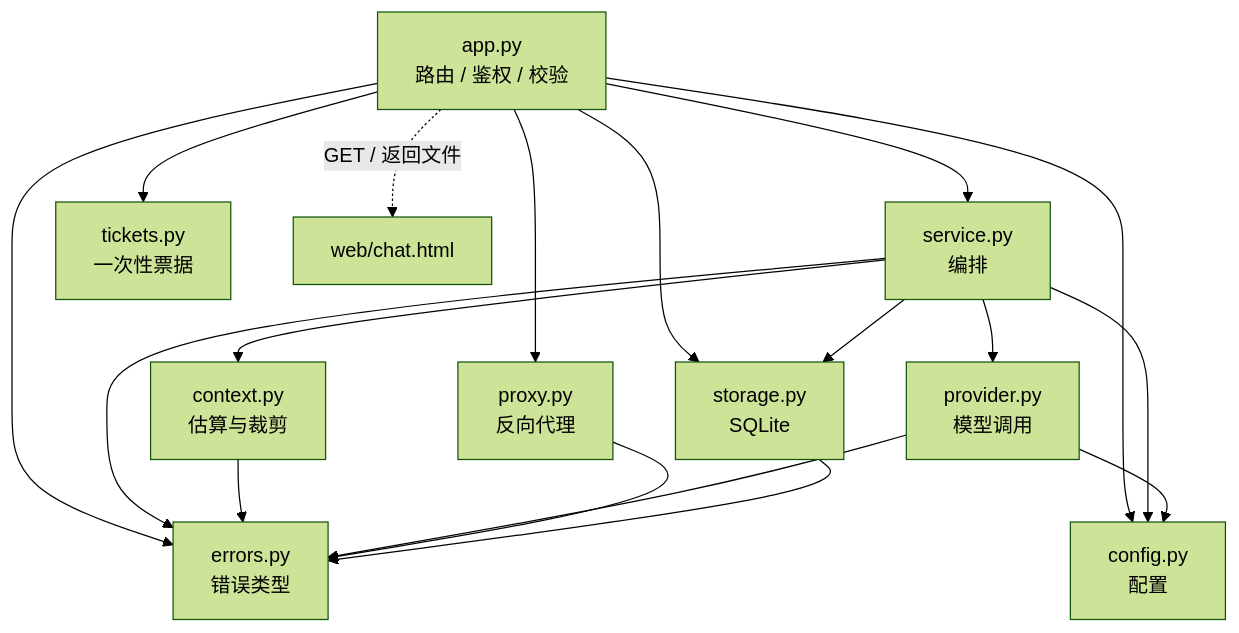
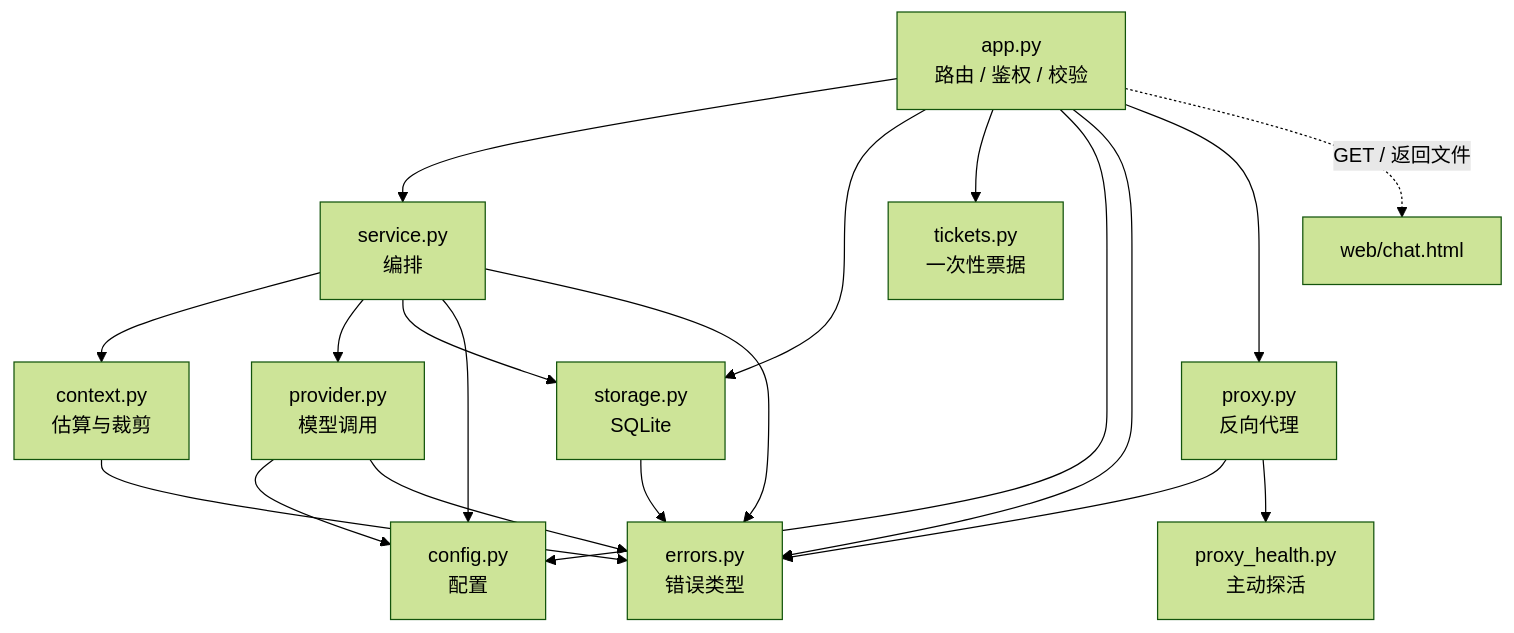
Before and after one commit to yeyangdongdong/ydd_python_gateway_origion: the first of 7 diagrams in docs/architecture.md, drawn with Mermaid (forest theme). The commit also changed other lines of this file and 14 other files, not shown here.

````diff
--- a/docs/architecture.md
+++ b/docs/architecture.md
@@ -90,31 +91,33 @@
 ```mermaid
 flowchart TD
     app["app.py<br/>路由 / 鉴权 / 校验"]
     service["service.py<br/>编排"]
     context["context.py<br/>估算与裁剪"]
     provider["provider.py<br/>模型调用"]
     proxy["proxy.py<br/>反向代理"]
+    health["proxy_health.py<br/>主动探活"]
     tickets["tickets.py<br/>一次性票据"]
     storage["storage.py<br/>SQLite"]
     config["config.py<br/>配置"]
     errors["errors.py<br/>错误类型"]
     web["web/chat.html"]
 
     app --> service
     app --> storage
     app --> tickets
     app --> config
     app --> errors
     app --> proxy
     app -.->|"GET / 返回文件"| web
     service --> context
     service --> provider
     service --> storage
     service --> config
     service --> errors
     context --> errors
     provider --> config
     provider --> errors
     proxy --> errors
+    proxy --> health
     storage --> errors
 ```
````
